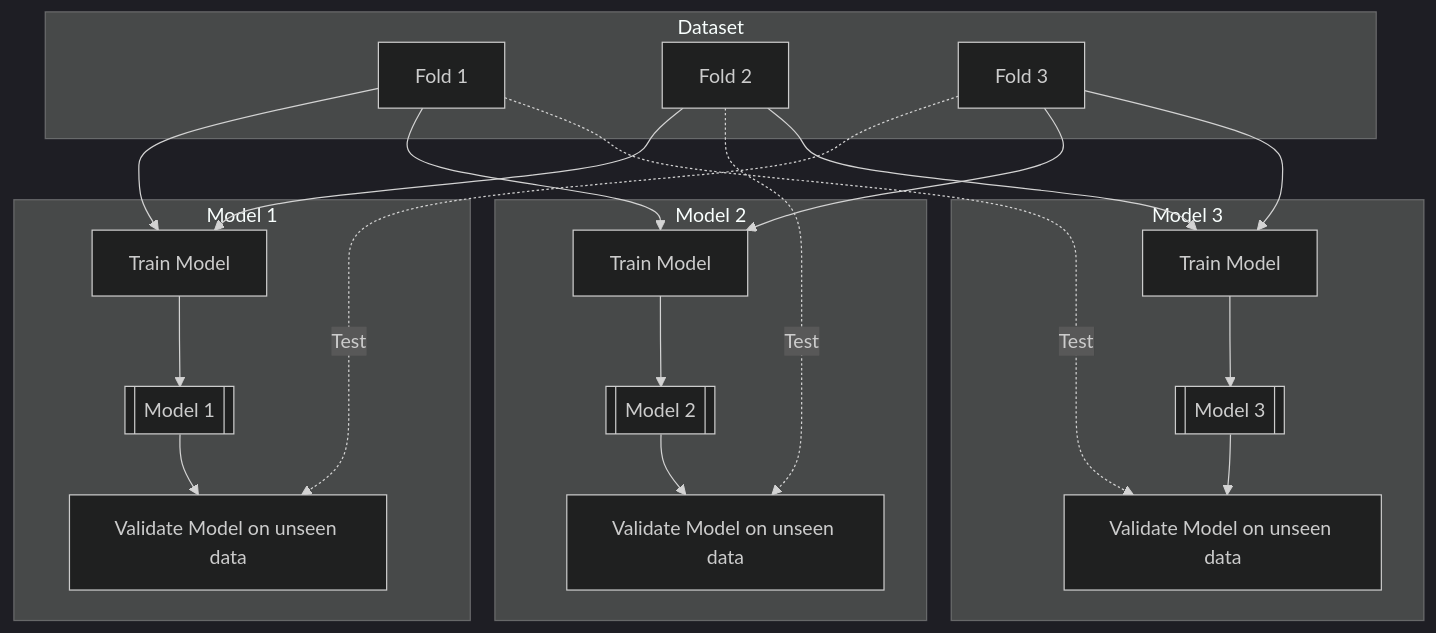
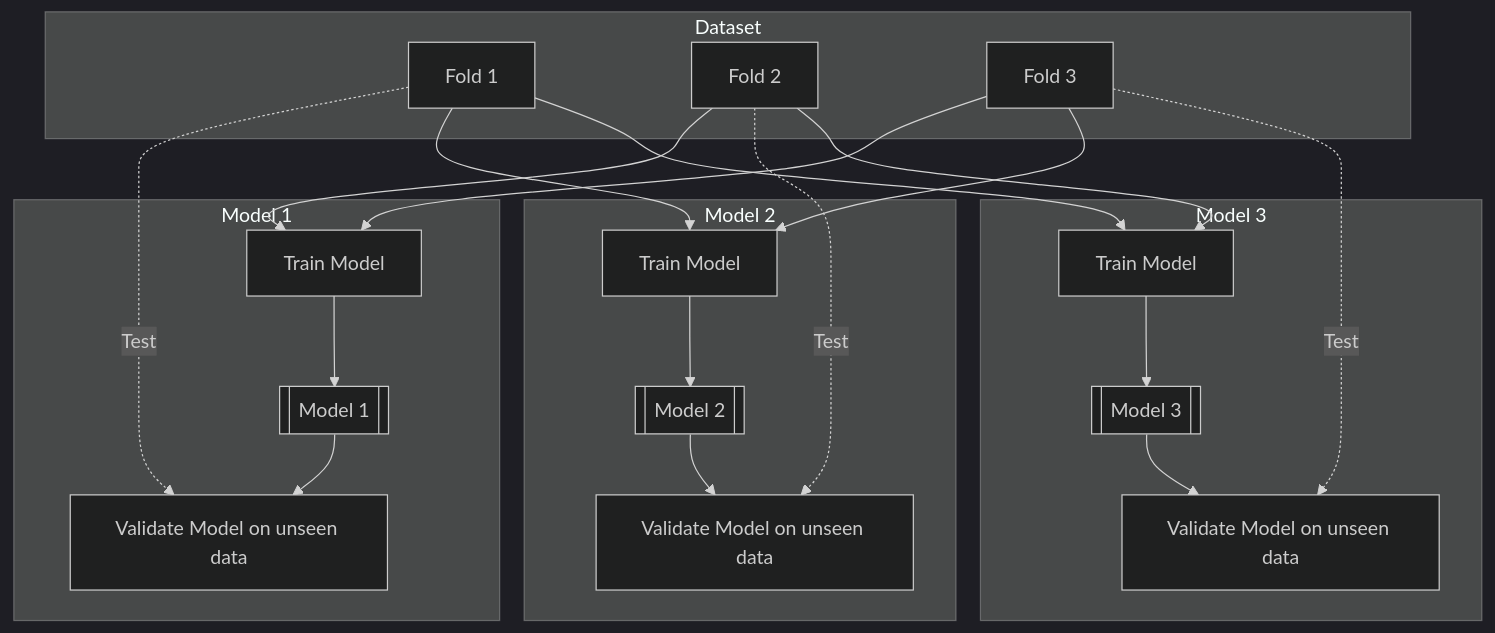
Before and after one commit to statisticalbiotechnology/dsbook: the diagram in dsbook/supervised/xval.md, drawn with Mermaid (dark theme). The commit also changed other lines of this file and 52 other files, not shown here.

````diff
--- a/dsbook/supervised/xval.md
+++ b/dsbook/supervised/xval.md
@@ -143,36 +143,36 @@
 ```{mermaid}
 flowchart TB
     subgraph Dataset [Dataset]
       A["    Fold 1    "]
       B["    Fold 2    "]
       C["    Fold 3    "]
     end
 
     subgraph Mod1 [Model 1]
         T1[Train Model] --> M1[[Model 1]]
         M1 --> V1[Validate Model on unseen data]
     end
     subgraph Mod2 [Model 2]
         T2[Train Model] --> M2[[Model 2]]
         M2 --> V2[Validate Model on unseen data]
     end
     subgraph Mod3 [Model 3]
         T3[Train Model] --> M3[[Model 3]]
         M3 --> V3[Validate Model on unseen data]
     end
 
     %% Fold 1
-    A --> T1
+    A -. Test .-> V1
     B --> T1
-    C -. Test .-> V1
+    C --> T1
 
     %% Fold 2
     A --> T2
     B -. Test .-> V2
     C --> T2
 
     %% Fold 3
-    A -. Test .-> V3
+    A --> T3
     B --> T3
-    C --> T3
+    C -. Test .-> V3
 ```
````
